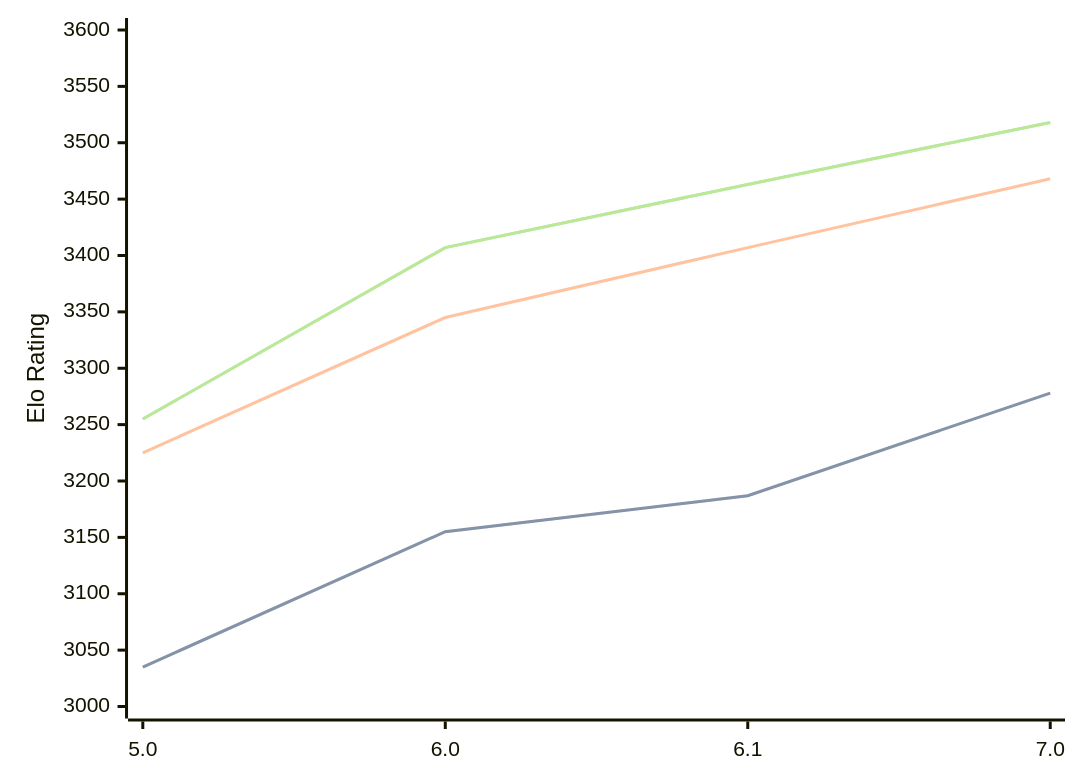
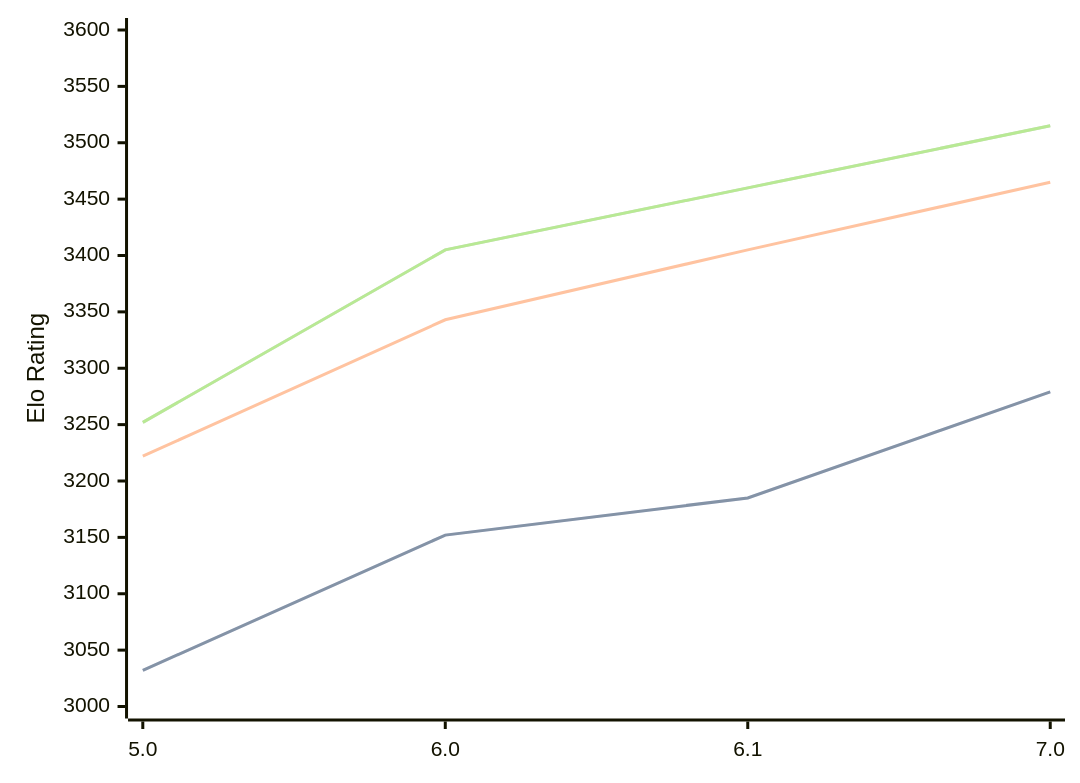
The diagram in engines/PZChessBot.md (computer-chess-index/cci), drawn with Mermaid before and after one commit. The commit also changed other lines of this file, not shown here.

Commit message:
Update CCI Ratings (ELO VLTC) - 2026-06-08

````diff
--- a/engines/PZChessBot.md
+++ b/engines/PZChessBot.md
@@ -43,11 +43,11 @@
 ```mermaid
 %%{init: {"theme":"base","themeVariables":{"seriesColors:['#a3a3a3','#222221','#faa371']}}}%%
 xychart-beta
   x-axis ["5.0", "6.0", "6.1", "7.0"]
   y-axis "Elo Rating" 3000 --> 3600
-  line "STC (8.0+0.08s)" [3035, 3155, 3187, 3278]
-  line "STC (8.0+0.08s)" [3035, 3155, 3187, 3278]
-  line "LTC (60.0+0.60s)" [3225, 3345, 3407, 3468]
-  line "VLTC (2m24s+1.12s)" [3255, 3407, 3463, 3518]
-  line "VLTC (2m24s+1.12s)" [3255, 3407, 3463, 3518]
+  line "STC (8.0+0.08s)" [3032, 3152, 3185, 3279]
+  line "STC (8.0+0.08s)" [3032, 3152, 3185, 3279]
+  line "LTC (60.0+0.60s)" [3222, 3343, 3405, 3465]
+  line "VLTC (2m24s+1.12s)" [3252, 3405, 3460, 3515]
+  line "VLTC (2m24s+1.12s)" [3252, 3405, 3460, 3515]
 ```
````
